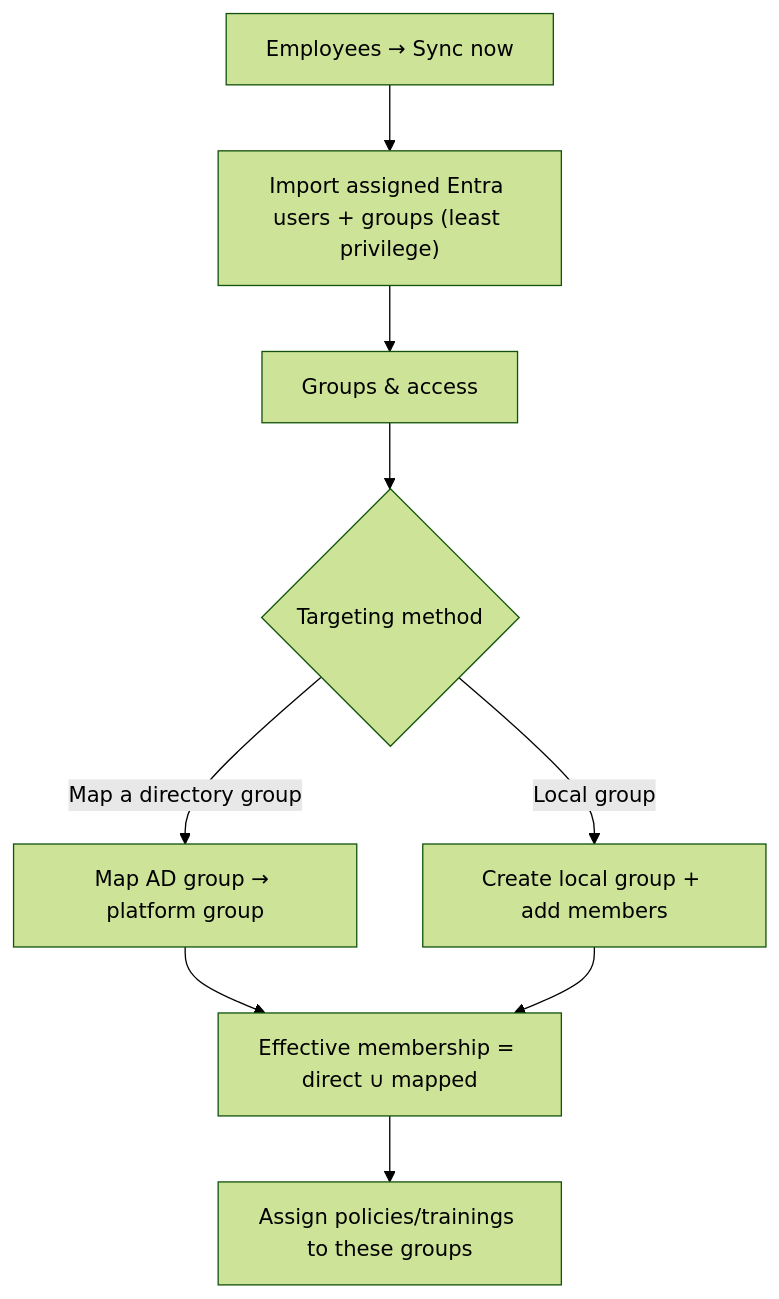
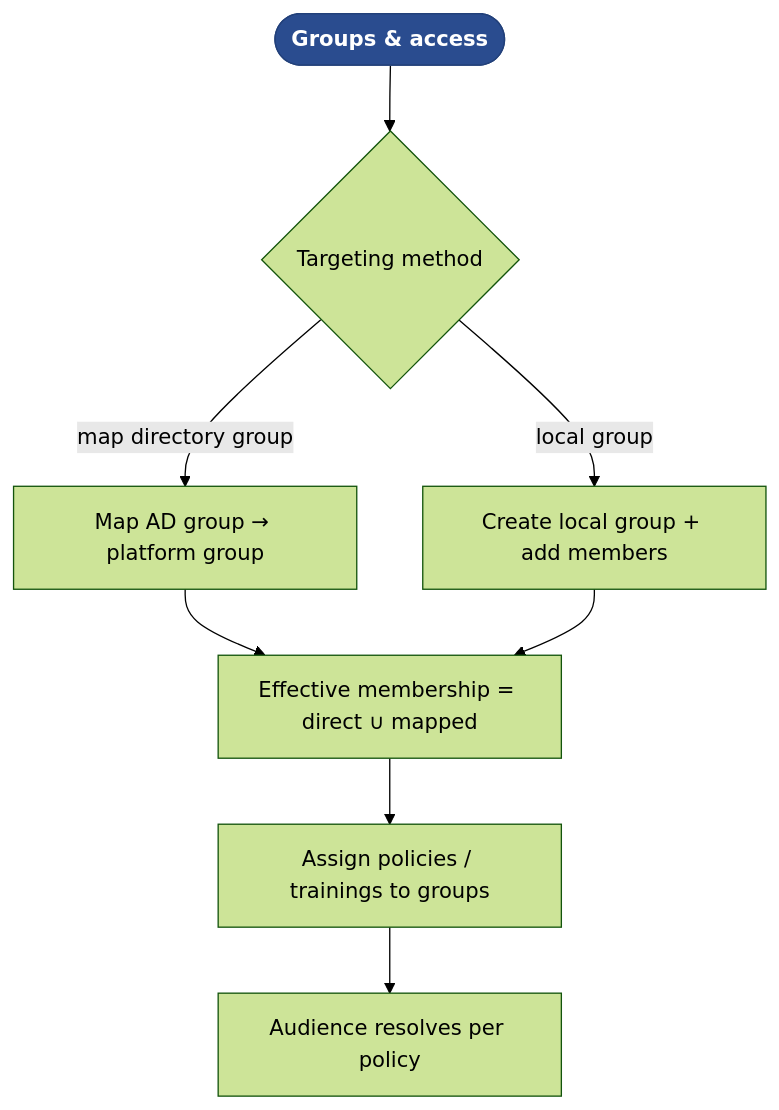
Before and after one commit to nicpozent/GovernancePortal_Latest: the sixth of 31 diagrams in docs/FUNCTIONAL-FLOWS.md, drawn with Mermaid (forest theme). The commit also changed other lines of this file and 6 other files, not shown here.

First line of the commit message:
docs: rebuild Functional Flows & SoW to the flow-package template

````diff
--- a/docs/FUNCTIONAL-FLOWS.md
+++ b/docs/FUNCTIONAL-FLOWS.md
@@ -160,11 +200,11 @@
 ```mermaid
-flowchart TD
-  S0["Employees → Sync now"] --> S1["Import assigned Entra users + groups (least privilege)"]
-  S1 --> S2["Groups & access"]
-  S2 --> S3{"Targeting method"}
-  S3 -->|Map a directory group| S4["Map AD group → platform group"]
-  S3 -->|Local group| S5["Create local group + add members"]
-  S4 --> S6["Effective membership = direct ∪ mapped"]
-  S5 --> S6
-  S6 --> S7["Assign policies/trainings to these groups"]
+graph TD
+  G(["Groups & access"]):::start --> T{"Targeting method"}
+  T -- map directory group --> MAP["Map AD group → platform group"]
+  T -- local group --> LOC["Create local group + add members"]
+  MAP --> EFF["Effective membership = direct ∪ mapped"]
+  LOC --> EFF
+  EFF --> ASG["Assign policies / trainings to groups"]
+  ASG --> AUD["Audience resolves per policy"]
+  classDef start fill:#2a4c8f,stroke:#22407a,color:#ffffff,font-weight:600;
 ```
````
